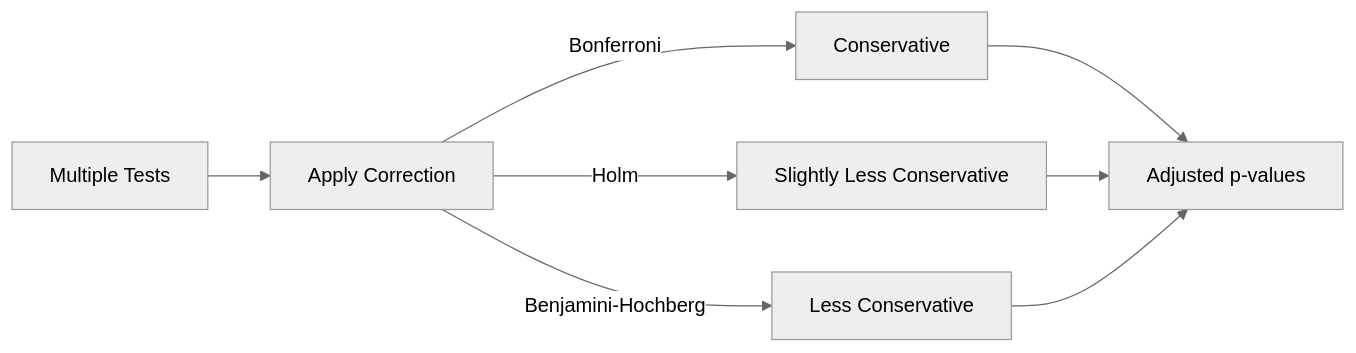
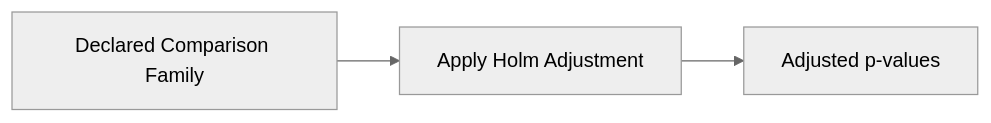
The fifth of 6 diagrams in plans/07-Benchmarking/04-Analysis/02-statistical-analysis.md (Evintkoo/2048-ml), drawn with Mermaid (neutral theme) before and after one commit. The commit also changed 157 other files, not shown here.

````diff
--- a/plans/07-Benchmarking/04-Analysis/02-statistical-analysis.md
+++ b/plans/07-Benchmarking/04-Analysis/02-statistical-analysis.md
@@ -95,10 +95,5 @@
 ```mermaid
 flowchart LR
-    A[Multiple Tests] --> B[Apply Correction]
-    B -->|Bonferroni| C[Conservative]
-    B -->|Holm| D[Slightly Less Conservative]
-    B -->|Benjamini-Hochberg| E[Less Conservative]
-    C --> F[Adjusted p-values]
-    D --> F
-    E --> F
+    A[Declared Comparison Family] --> B[Apply Holm Adjustment]
+    B --> C[Adjusted p-values]
 ```
````
